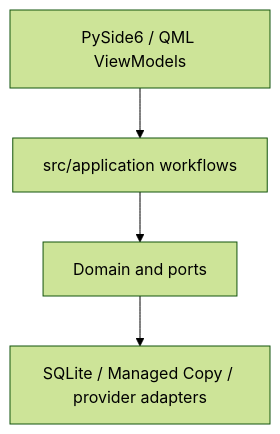
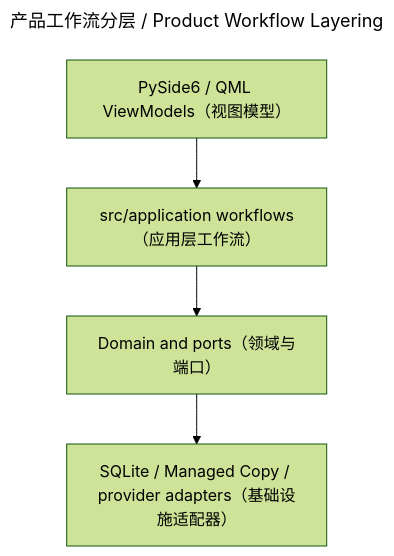
One commit to peakwheat-pixel/New-Manga changed the diagram in wiki/codewiki/product_workflow_application_services.md. Above: the diagram before and after it, drawn with Mermaid (forest theme). The commit also changed 16 other files, not shown here.

Commit message:
docs: apply bilingual diagram policy to CodeWiki diagrams

````diff
--- a/wiki/codewiki/product_workflow_application_services.md
+++ b/wiki/codewiki/product_workflow_application_services.md
@@ -35,6 +35,9 @@
 ```mermaid
+---
+title: 产品工作流分层 / Product Workflow Layering
+---
 flowchart TB
-    UI["PySide6 / QML ViewModels"] --> APP["src/application workflows"]
-    APP --> DOMAIN["Domain and ports"]
-    DOMAIN --> INFRA["SQLite / Managed Copy / provider adapters"]
+    UI["PySide6 / QML ViewModels（视图模型）"] --> APP["src/application workflows（应用层工作流）"]
+    APP --> DOMAIN["Domain and ports（领域与端口）"]
+    DOMAIN --> INFRA["SQLite / Managed Copy / provider adapters（基础设施适配器）"]
 ```
````
